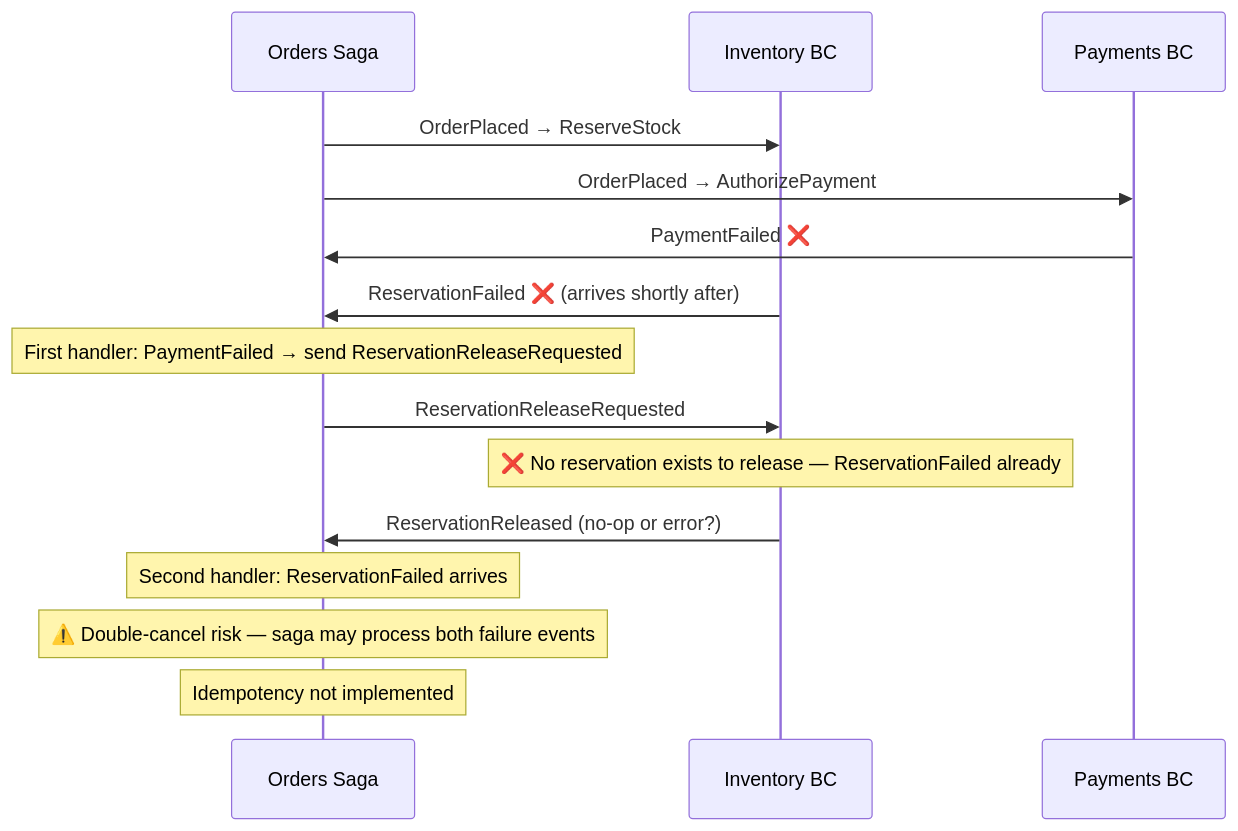
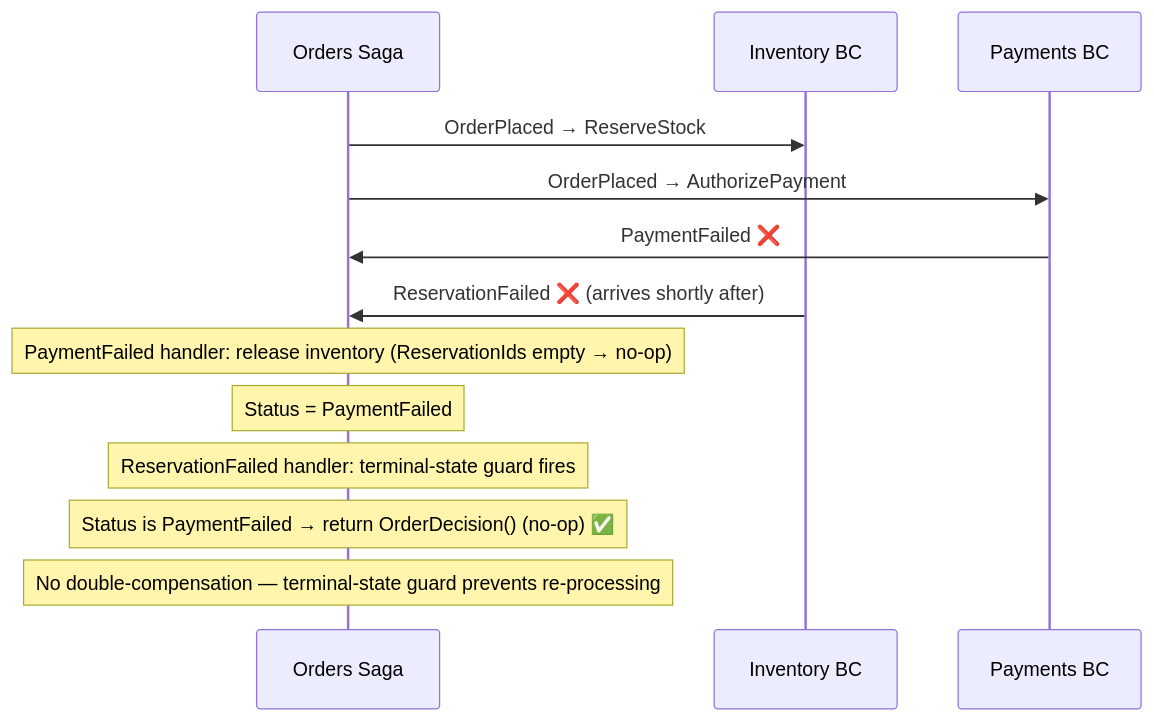
One commit to erikshafer/CritterSupply changed the seventh of 8 diagrams in src/Orders/Orders.Api/README.md. Above: the diagram before and after it, drawn with Mermaid. The commit also changed other lines of this file and 19 other files, not shown here.

First line of the commit message:
Improve Order Saga: Multi-SKU Tracking, Return Window Lifecycle, Cancellation, Compensation, Idempotency & Docs (#171)

````diff
--- a/src/Orders/Orders.Api/README.md
+++ b/src/Orders/Orders.Api/README.md
@@ -300,20 +327,19 @@
 ```mermaid
 sequenceDiagram
     participant Orders as Orders Saga
     participant Inventory as Inventory BC
     participant Payments as Payments BC
 
     Orders->>Inventory: OrderPlaced → ReserveStock
     Orders->>Payments: OrderPlaced → AuthorizePayment
 
     Payments->>Orders: PaymentFailed ❌
     Inventory->>Orders: ReservationFailed ❌ (arrives shortly after)
 
-    Note over Orders: First handler: PaymentFailed → send ReservationReleaseRequested
-    Orders->>Inventory: ReservationReleaseRequested
-    Note over Inventory: ❌ No reservation exists to release — ReservationFailed already
-    Inventory->>Orders: ReservationReleased (no-op or error?)
-    Note over Orders: Second handler: ReservationFailed arrives
-    Note over Orders: ⚠️ Double-cancel risk — saga may process both failure events
-    Note over Orders: Idempotency not implemented
+    Note over Orders: PaymentFailed handler: release inventory (ReservationIds empty → no-op)
+    Note over Orders: Status = PaymentFailed
+
+    Note over Orders: ReservationFailed handler: terminal-state guard fires
+    Note over Orders: Status is PaymentFailed → return OrderDecision() (no-op) ✅
+    Note over Orders: No double-compensation — terminal-state guard prevents re-processing
 ```
````
